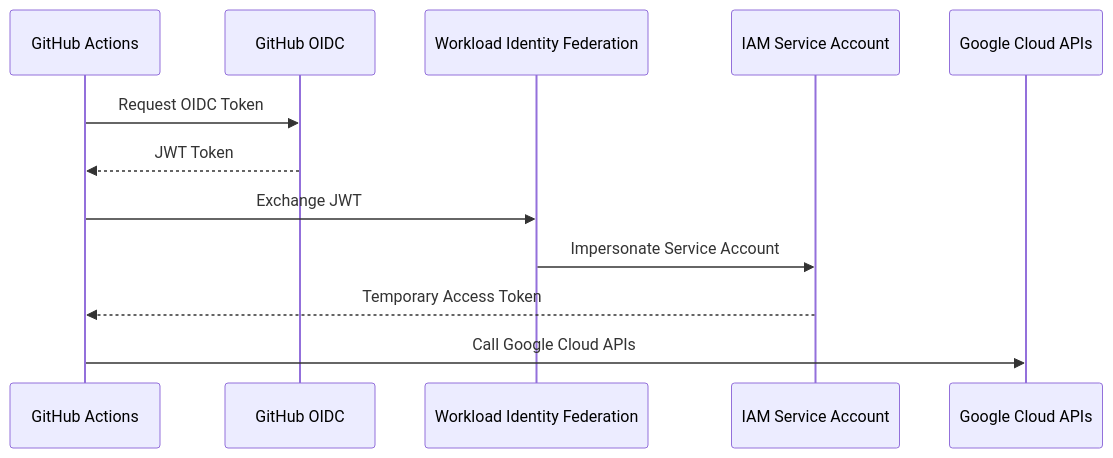
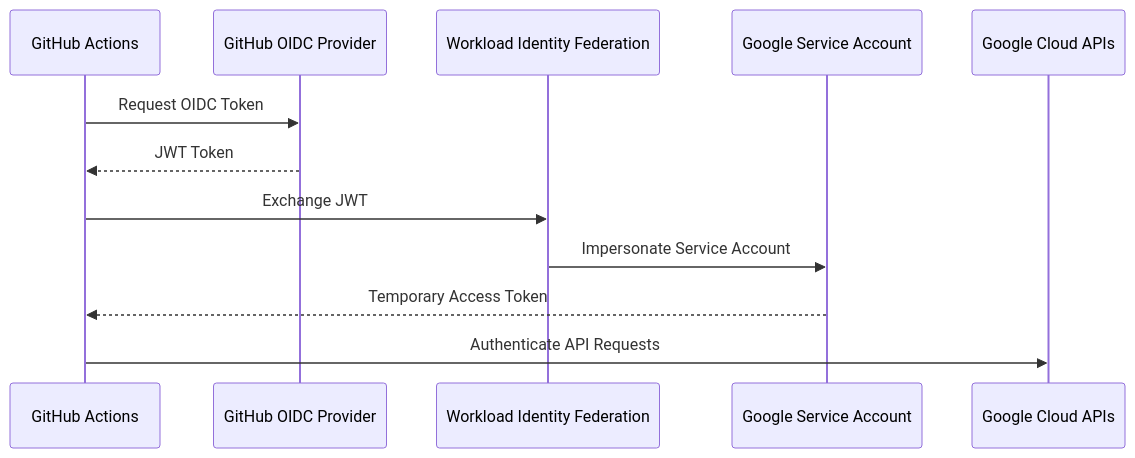
The diagram in docs/05-workload-identity-federation.md (ssavaniya/gke-wif-deployment), drawn with Mermaid before and after one commit. The commit also changed other lines of this file and 21 other files, not shown here.

````diff
--- a/docs/05-workload-identity-federation.md
+++ b/docs/05-workload-identity-federation.md
@@ -50,20 +53,20 @@
 ```mermaid
 sequenceDiagram
 
-participant GH as GitHub Actions
-participant OIDC as GitHub OIDC
+participant GitHub as GitHub Actions
+participant OIDC as GitHub OIDC Provider
 participant WIF as Workload Identity Federation
-participant IAM as IAM Service Account
+participant IAM as Google Service Account
 participant GCP as Google Cloud APIs
 
-GH->>OIDC: Request OIDC Token
-OIDC-->>GH: JWT Token
+GitHub->>OIDC: Request OIDC Token
+OIDC-->>GitHub: JWT Token
 
-GH->>WIF: Exchange JWT
+GitHub->>WIF: Exchange JWT
 
 WIF->>IAM: Impersonate Service Account
 
-IAM-->>GH: Temporary Access Token
+IAM-->>GitHub: Temporary Access Token
 
-GH->>GCP: Call Google Cloud APIs
+GitHub->>GCP: Authenticate API Requests
 ```
````
